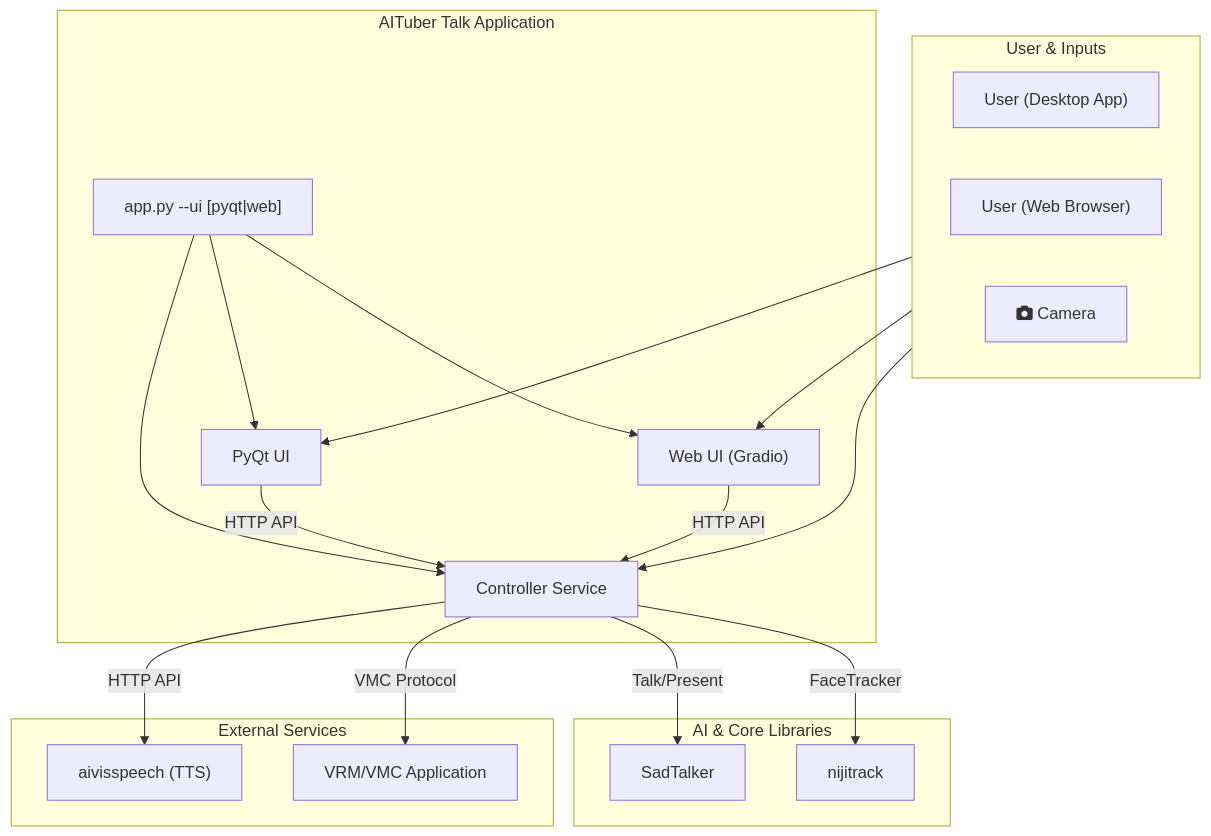
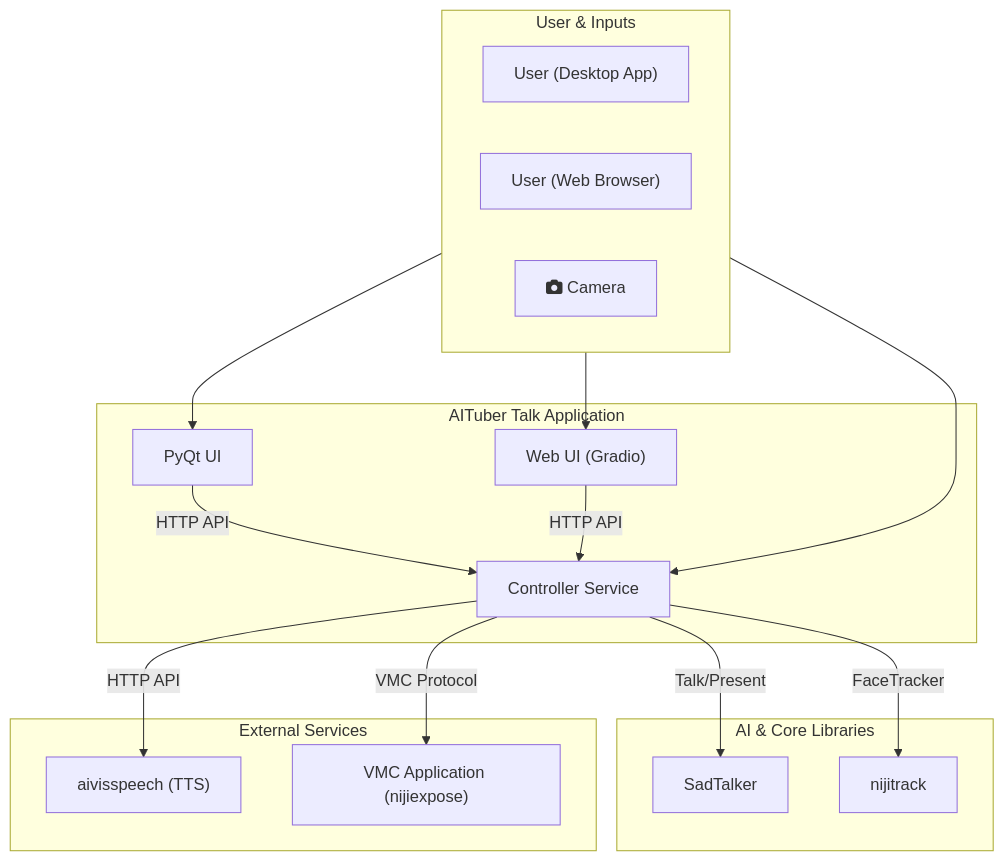
Before and after one commit to seagetch/aituber-talk: the diagram in README.md, drawn with Mermaid. The commit also changed other lines of this file, not shown here.

````diff
--- a/README.md
+++ b/README.md
@@ -37,42 +38,37 @@
 ```mermaid
 flowchart TD
     subgraph User & Inputs
         direction LR
         user_desktop["User (Desktop App)"]
         user_web["User (Web Browser)"]
         camera[fa:fa-camera Camera]
     end
 
     subgraph AITuber Talk Application
-        app_py["app.py --ui [pyqt|web]"]
         controller["Controller Service"]
         pyqt_ui["PyQt UI"]
         web_ui["Web UI (Gradio)"]
     end
 
     subgraph AI & Core Libraries
         sadtalker["SadTalker"]
         nijitrack["nijitrack"]
     end
 
     subgraph External Services
         aivisspeech["aivisspeech (TTS)"]
-        vmc_app["VRM/VMC Application"]
+        vmc_app["VMC Application (nijiexpose)"]
     end
 
     user_desktop --> pyqt_ui
     user_web --> web_ui
     camera --> controller
-
-    app_py --> controller
-    app_py --> pyqt_ui
-    app_py --> web_ui
 
     pyqt_ui -->|HTTP API| controller
     web_ui -->|HTTP API| controller
 
     controller -->|Talk/Present| sadtalker
     controller -->|FaceTracker| nijitrack
     controller -->|HTTP API| aivisspeech
     controller -->|VMC Protocol| vmc_app
 ```
````
